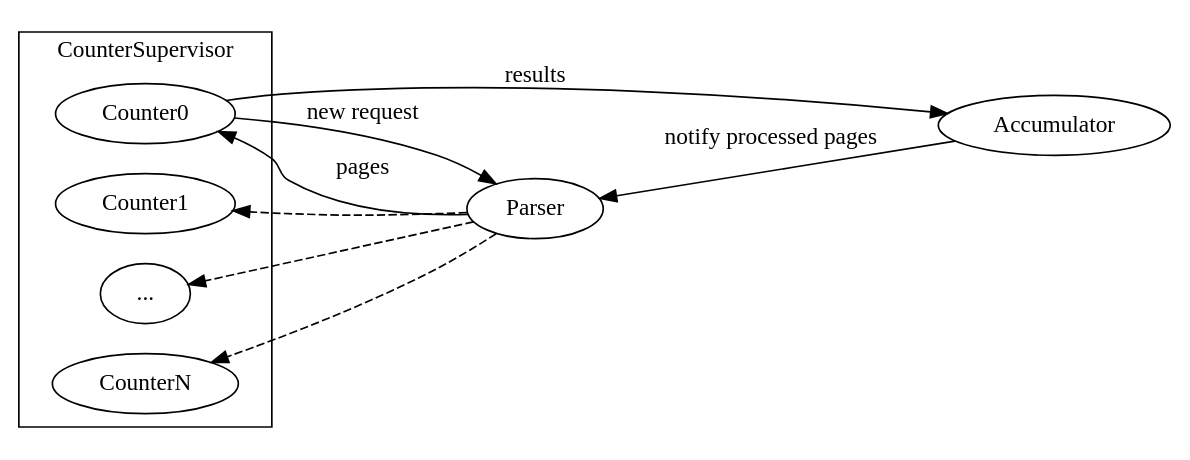
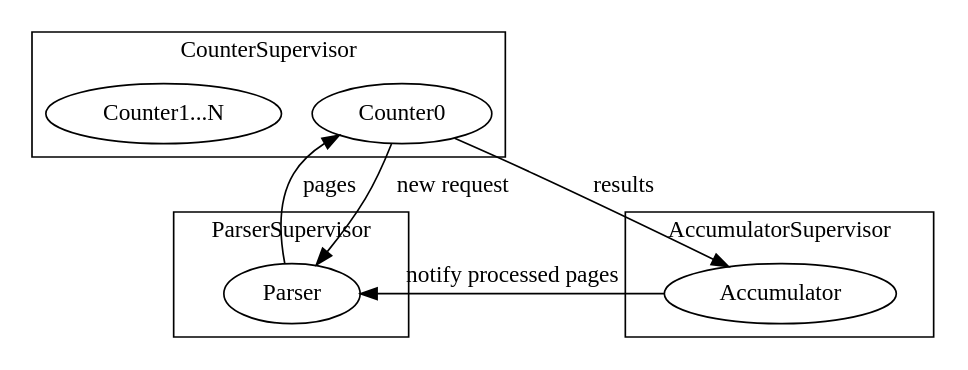
The diagram in arch.dot (anqurvanillapy/capdist), drawn with Graphviz before and after one commit. The commit also changed 3 other files, not shown here.

Commit message:
updated AccumulatorSupervisor; updated arch.png

```diff
--- a/arch.dot
+++ b/arch.dot
@@ -1,21 +1,22 @@
 digraph arch {
-    rankdir=RL;
-
     Parser -> Counter0 [label="pages"];
     Counter0 -> Parser [label="new request"];
     Counter0 -> Accumulator [label="results"];
     Accumulator -> Parser [label="notify processed pages"];
 
+    subgraph cluster_accumulator {
+        label="AccumulatorSupervisor";
+        Accumulator;
+    }
+
+    subgraph cluster_parser {
+        label="ParserSupervisor";
+        Parser;
+    }
+
     subgraph cluster_counter {
         label="CounterSupervisor";
         Counter0;
-        Counter1;
-        CounterRest [label="..."];
-        CounterN;
+        CounterRest [label="Counter1...N"];
     }
-
-    edge [style="dashed"];
-    Parser -> Counter1;
-    Parser -> CounterRest;
-    Parser -> CounterN;
 }
```
